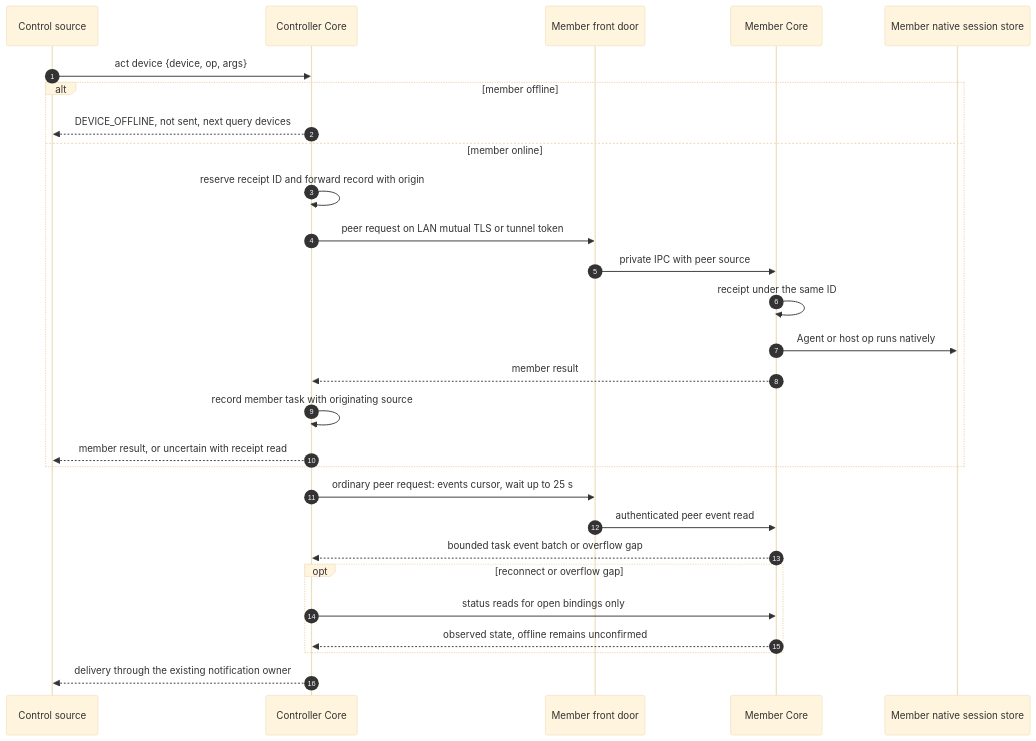
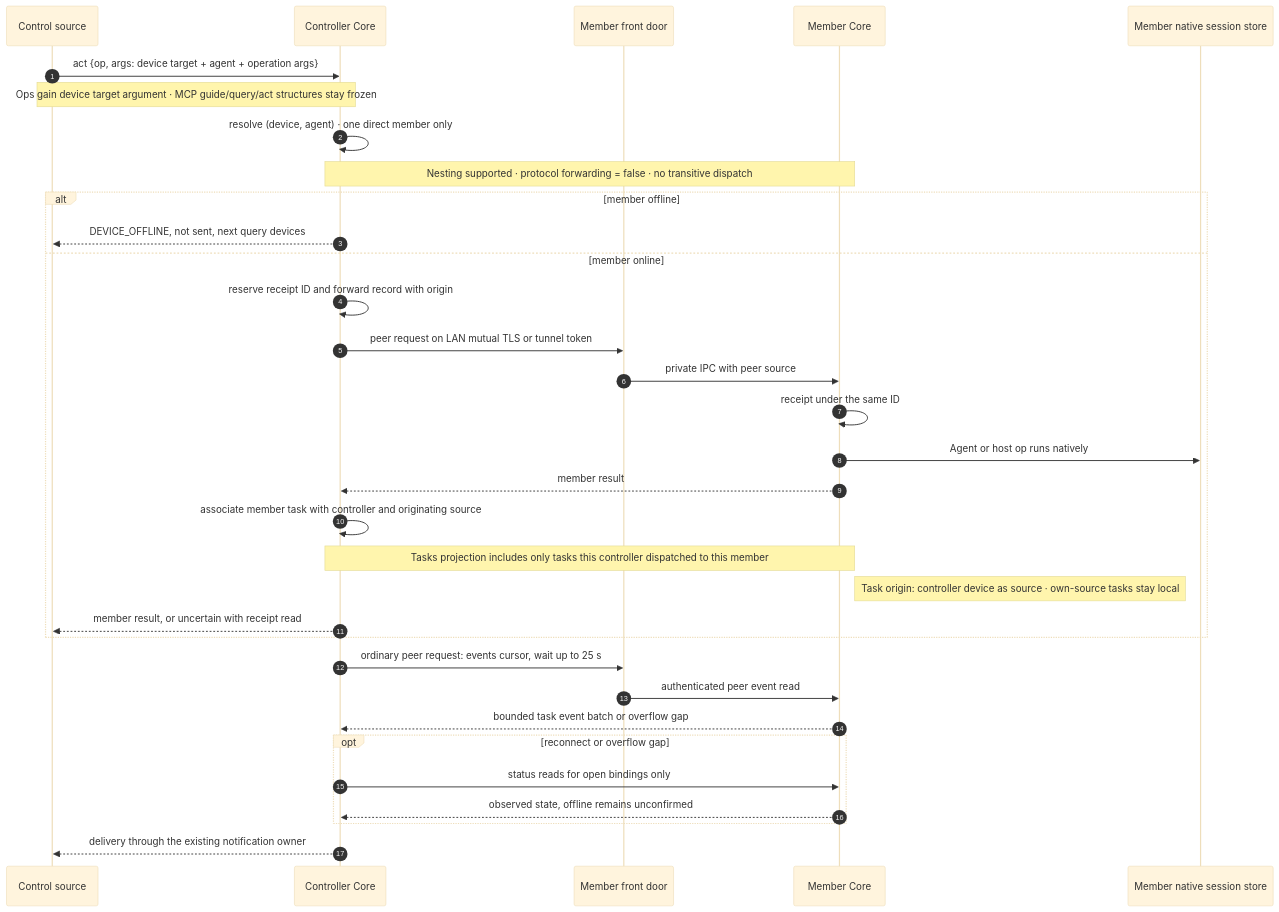
Before and after one commit to whzxc/agent-remote-control: the diagram in arch/mechanisms/device-forward.mmd, drawn with Mermaid (base theme). The commit also changed 25 other files, not shown here.

```diff
--- a/arch/mechanisms/device-forward.mmd
+++ b/arch/mechanisms/device-forward.mmd
@@ -1,30 +1,35 @@
 %% Device forward (layer 2): one control-source write forwarded from the controller to a member.
 %% Index and code mapping: docs/dev/arch-assets.md
 sequenceDiagram
   autonumber
   participant S as Control source
   participant C as Controller Core
   participant M as Member front door
   participant R as Member Core
   participant N as Member native session store
-  S->>C: act device {device, op, args}
+  S->>C: act {op, args: device target + agent + operation args}
+  Note over S,C: Ops gain device target argument · MCP guide/query/act structures stay frozen
+  C->>C: resolve (device, agent) · one direct member only
+  Note over C,R: Nesting supported · protocol forwarding = false · no transitive dispatch
   alt member offline
     C-->>S: DEVICE_OFFLINE, not sent, next query devices
   else member online
     C->>C: reserve receipt ID and forward record with origin
     C->>M: peer request on LAN mutual TLS or tunnel token
     M->>R: private IPC with peer source
     R->>R: receipt under the same ID
     R->>N: Agent or host op runs natively
     R-->>C: member result
-    C->>C: record member task with originating source
+    C->>C: associate member task with controller and originating source
+    Note over C,R: Tasks projection includes only tasks this controller dispatched to this member
+    Note right of R: Task origin: controller device as source · own-source tasks stay local
     C-->>S: member result, or uncertain with receipt read
   end
   C->>M: ordinary peer request: events cursor, wait up to 25 s
   M->>R: authenticated peer event read
   R-->>C: bounded task event batch or overflow gap
   opt reconnect or overflow gap
     C->>R: status reads for open bindings only
     R-->>C: observed state, offline remains unconfirmed
   end
   C-->>S: delivery through the existing notification owner
```
